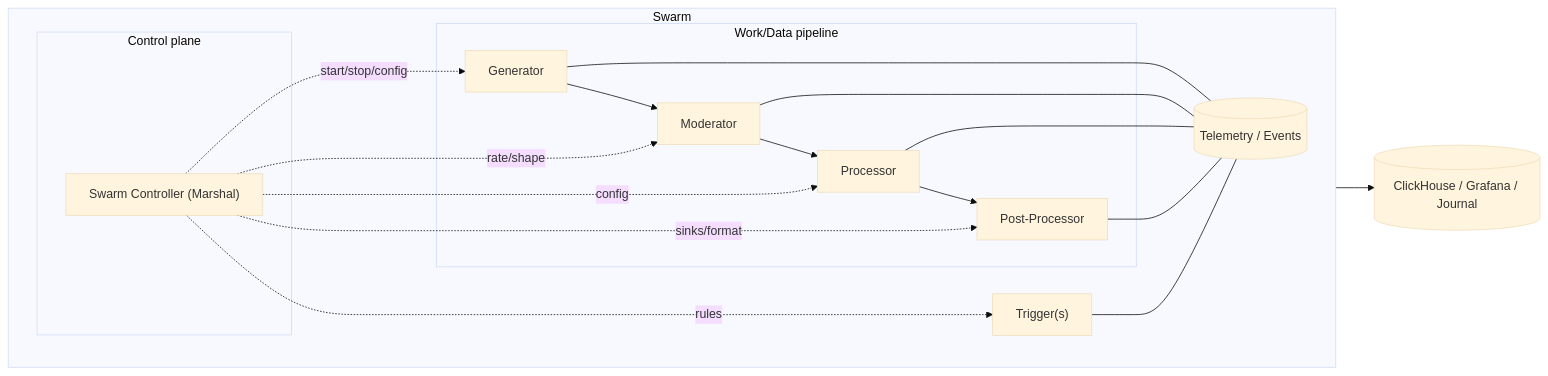
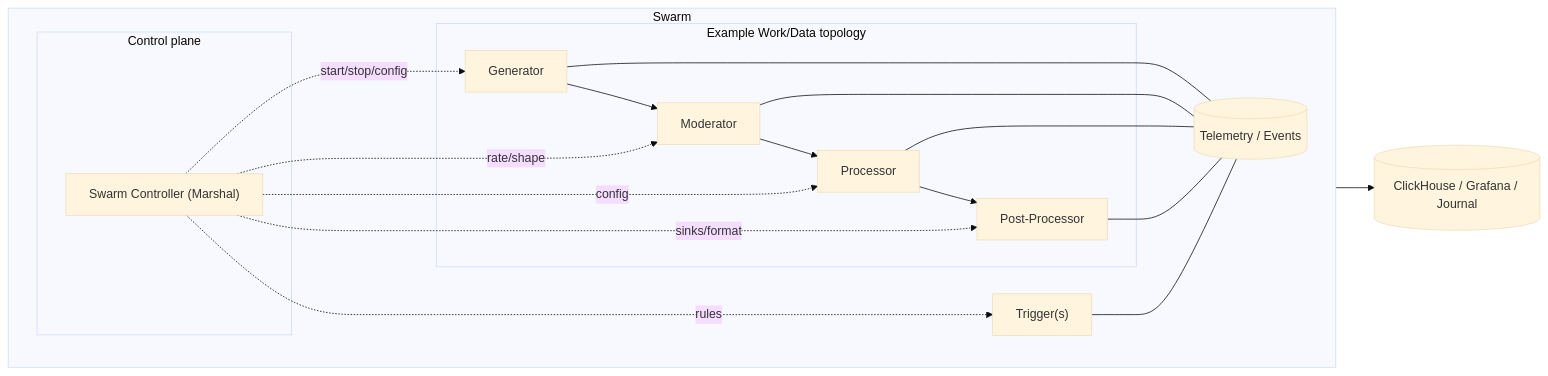
Before and after one commit to sepa79/PocketHive: the second of 3 diagrams in README.md, drawn with Mermaid (base theme). The commit also changed other lines of this file and 73 other files, not shown here.

````diff
--- a/README.md
+++ b/README.md
@@ -82,44 +88,44 @@
 ```mermaid
 flowchart LR
   %% Swarm boundary
   subgraph SWARM["Swarm <swarmId>"]
     direction LR
 
     %% Control plane
     subgraph CONTROL["Control plane"]
       MSH["Swarm Controller (Marshal)"]
     end
 
     %% Components
     GEN[Generator]
     MOD[Moderator]
     PRC[Processor]
     PST[Post‑Processor]
     TRG["Trigger(s)"]
 
     %% Work/Data pipeline
-    subgraph DATA["Work/Data pipeline"]
+    subgraph DATA["Example Work/Data topology"]
       GEN --> MOD --> PRC --> PST
     end
 
     %% Control relationships (dashed)
     MSH -. start/stop/config .-> GEN
     MSH -. rate/shape .-> MOD
     MSH -. config .-> PRC
     MSH -. sinks/format .-> PST
     MSH -. rules .-> TRG
 
     %% Telemetry fan‑in
     TELE[(Telemetry / Events)]
     GEN --- TELE
     MOD --- TELE
     PRC --- TELE
     PST --- TELE
     TRG --- TELE
   end
 
   %% External observers
   OBS[(ClickHouse / Grafana / Journal)]
 
   TELE --> OBS
 ```
````
